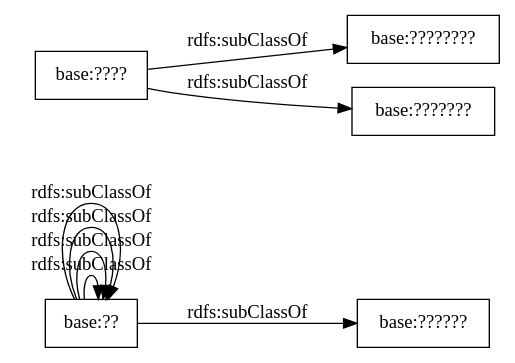
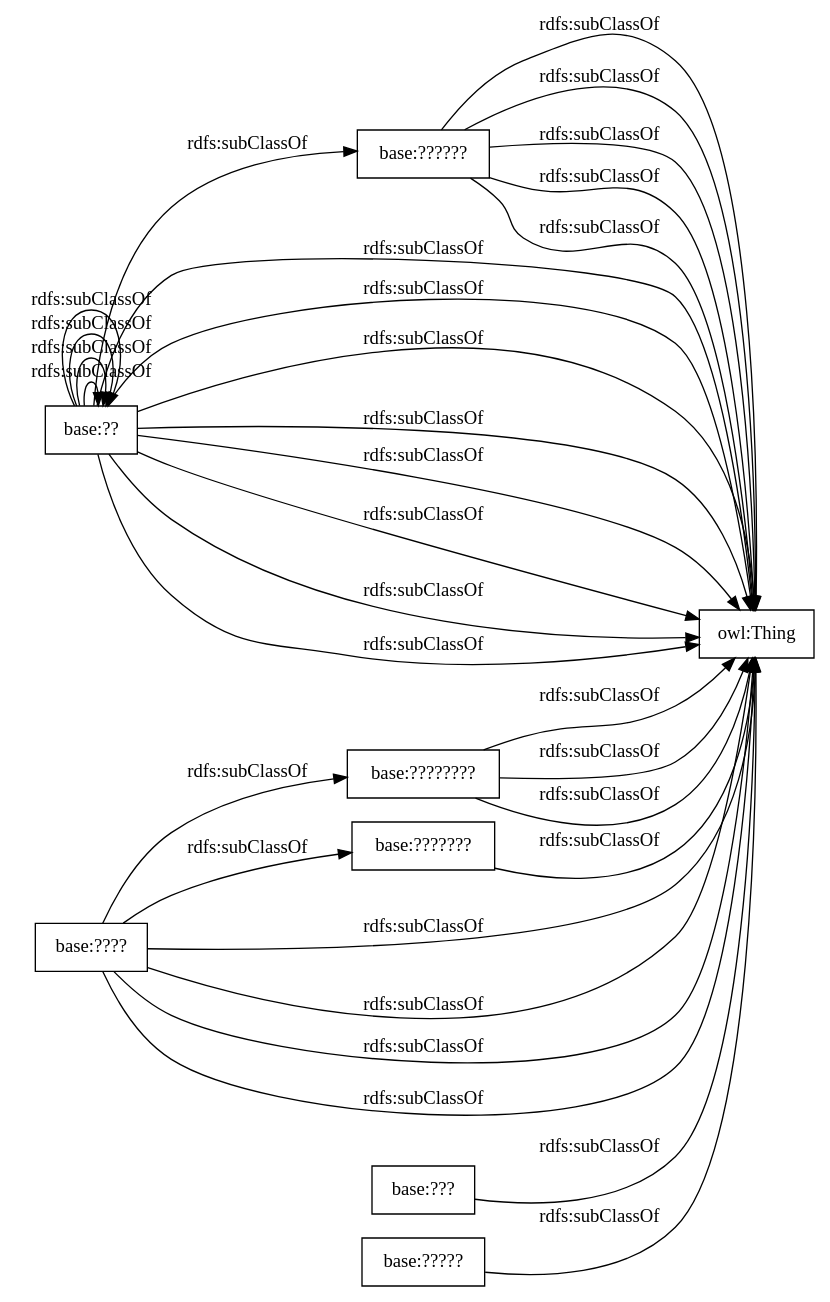
Before and after one commit to kevin801006/Ontology: the diagram in OnToology/HXA.rdf/diagrams/ar2dtool-taxonomy/HXA.rdf.png.dot, drawn with Graphviz. The commit also changed 11 other files, not shown here.

```diff
--- a/OnToology/HXA.rdf/diagrams/ar2dtool-taxonomy/HXA.rdf.png.dot
+++ b/OnToology/HXA.rdf/diagrams/ar2dtool-taxonomy/HXA.rdf.png.dot
@@ -1,13 +1,36 @@
 digraph ar2dtool_diagram { 
 rankdir=LR;
 size="1000"
-node [shape = rectangle, color="black"]; "base:??" "base:??????" "base:????????" "base:??" "base:???????" "base:??" "base:????" "base:??" "base:??" "base:????" "base:??" ; /*classes style*/
+node [shape = rectangle, color="black"]; "base:??" "base:??????" "base:????????" "base:????" "base:??" "base:????" "base:???????" "base:??" "base:??????" "base:????" "base:??" "base:??????" "base:??" "base:???" "base:??" "base:??????" "base:????????" "base:??" "base:????????" "base:??" "base:??" "base:????" "base:????" "base:??" "base:??" "base:??????" "base:??" "base:??" "base:?????" "base:????" ; /*classes style*/
+	"base:????????" -> "owl:Thing" [ label = "rdfs:subClassOf" ];
+	"base:????????" -> "owl:Thing" [ label = "rdfs:subClassOf" ];
+	"base:????" -> "owl:Thing" [ label = "rdfs:subClassOf" ];
 	"base:??" -> "base:??" [ label = "rdfs:subClassOf" ];
+	"base:???????" -> "owl:Thing" [ label = "rdfs:subClassOf" ];
+	"base:????" -> "owl:Thing" [ label = "rdfs:subClassOf" ];
+	"base:??????" -> "owl:Thing" [ label = "rdfs:subClassOf" ];
+	"base:??" -> "base:??" [ label = "rdfs:subClassOf" ];
+	"base:???" -> "owl:Thing" [ label = "rdfs:subClassOf" ];
+	"base:??????" -> "owl:Thing" [ label = "rdfs:subClassOf" ];
+	"base:??" -> "owl:Thing" [ label = "rdfs:subClassOf" ];
+	"base:????" -> "owl:Thing" [ label = "rdfs:subClassOf" ];
+	"base:??" -> "owl:Thing" [ label = "rdfs:subClassOf" ];
+	"base:??" -> "owl:Thing" [ label = "rdfs:subClassOf" ];
+	"base:??" -> "owl:Thing" [ label = "rdfs:subClassOf" ];
+	"base:????????" -> "owl:Thing" [ label = "rdfs:subClassOf" ];
+	"base:??" -> "owl:Thing" [ label = "rdfs:subClassOf" ];
+	"base:??????" -> "owl:Thing" [ label = "rdfs:subClassOf" ];
+	"base:??" -> "base:??" [ label = "rdfs:subClassOf" ];
+	"base:??????" -> "owl:Thing" [ label = "rdfs:subClassOf" ];
+	"base:??????" -> "owl:Thing" [ label = "rdfs:subClassOf" ];
+	"base:?????" -> "owl:Thing" [ label = "rdfs:subClassOf" ];
+	"base:????" -> "owl:Thing" [ label = "rdfs:subClassOf" ];
+	"base:??" -> "owl:Thing" [ label = "rdfs:subClassOf" ];
+	"base:??" -> "owl:Thing" [ label = "rdfs:subClassOf" ];
+	"base:????" -> "base:????????" [ label = "rdfs:subClassOf" ];
 	"base:??" -> "base:??????" [ label = "rdfs:subClassOf" ];
+	"base:??" -> "owl:Thing" [ label = "rdfs:subClassOf" ];
+	"base:????" -> "base:???????" [ label = "rdfs:subClassOf" ];
 	"base:??" -> "base:??" [ label = "rdfs:subClassOf" ];
-	"base:????" -> "base:????????" [ label = "rdfs:subClassOf" ];
-	"base:??" -> "base:??" [ label = "rdfs:subClassOf" ];
-	"base:??" -> "base:??" [ label = "rdfs:subClassOf" ];
-	"base:????" -> "base:???????" [ label = "rdfs:subClassOf" ];
 
 }
```
